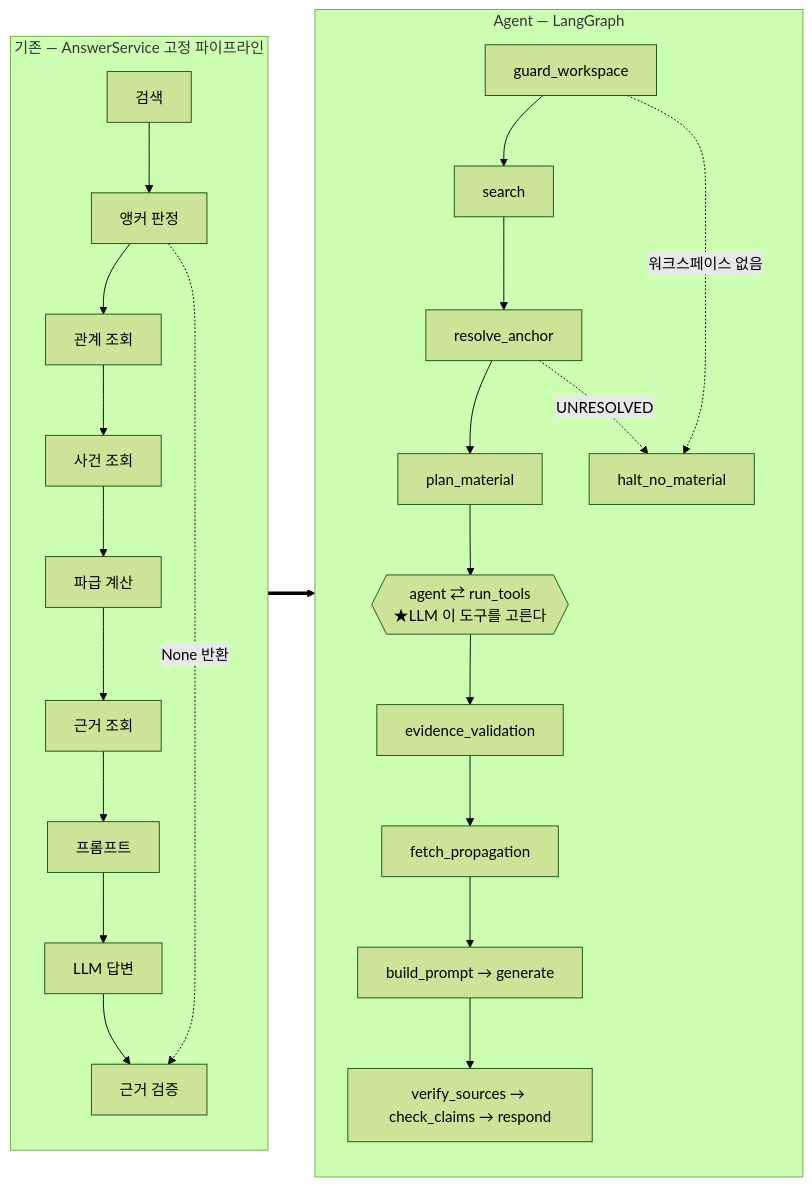
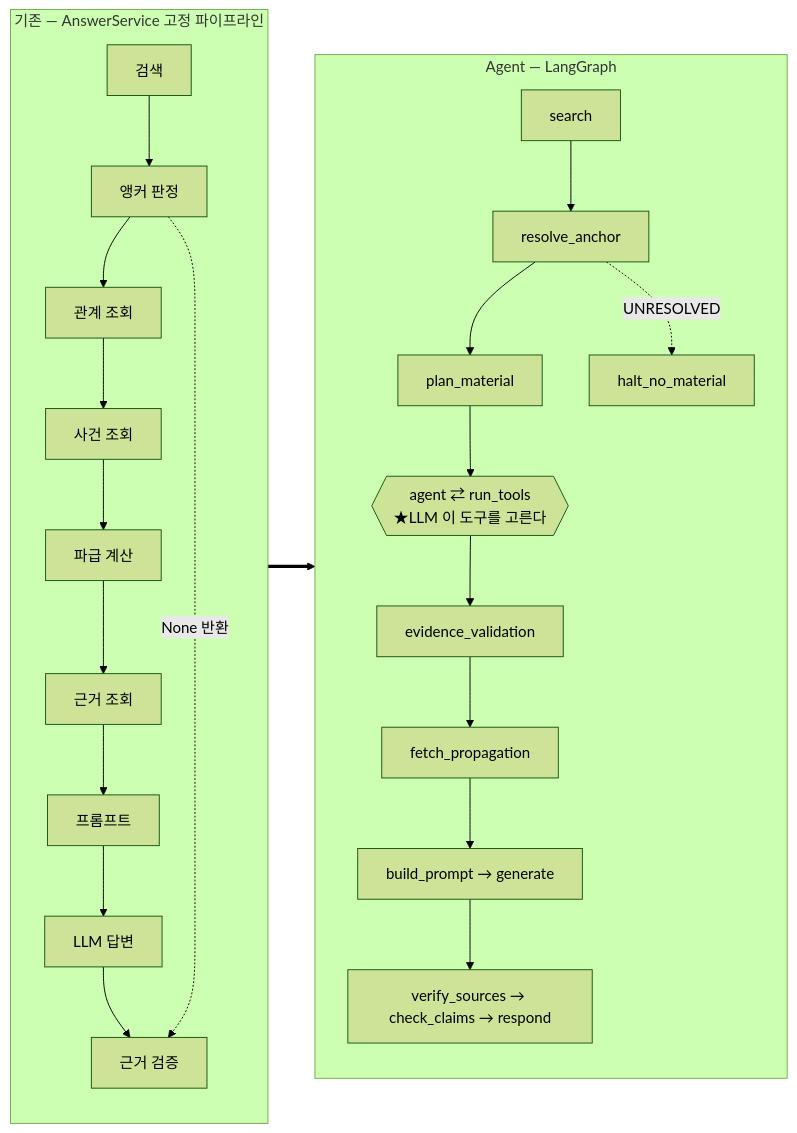
One commit to Biz-Node/BizNode-AI-Data changed the first of 6 diagrams in docs/BizNode_Agent_Architecture_Design.md. Above: the diagram before and after it, drawn with Mermaid (forest theme). The commit also changed other lines of this file and 4 other files, not shown here.

````diff
--- a/docs/BizNode_Agent_Architecture_Design.md
+++ b/docs/BizNode_Agent_Architecture_Design.md
@@ -129,31 +145,29 @@
 ```mermaid
 flowchart LR
     subgraph OLD["기존 — AnswerService 고정 파이프라인"]
         direction TB
         O1[검색] --> O2[앵커 판정]
         O2 --> O3[관계 조회]
         O3 --> O4[사건 조회]
         O4 --> O5[파급 계산]
         O5 --> O6[근거 조회]
         O6 --> O7[프롬프트]
         O7 --> O8[LLM 답변]
         O8 --> O9[근거 검증]
         O2 -. "None 반환" .-> O9
     end
 
     subgraph NEW["Agent — LangGraph"]
         direction TB
-        N1[guard_workspace] --> N2[search]
-        N2 --> N3[resolve_anchor]
+        N2[search] --> N3[resolve_anchor]
         N3 --> N4[plan_material]
         N4 --> N5{{"agent ⇄ run_tools<br/>★LLM 이 도구를 고른다"}}
         N5 --> N6[evidence_validation]
         N6 --> N7[fetch_propagation]
         N7 --> N8["build_prompt → generate"]
         N8 --> N9["verify_sources → check_claims → respond"]
-        N1 -. "워크스페이스 없음" .-> NH[halt_no_material]
-        N3 -. "UNRESOLVED" .-> NH
+        N3 -. "UNRESOLVED" .-> NH[halt_no_material]
     end
 
     OLD ==> NEW
 ```
````
